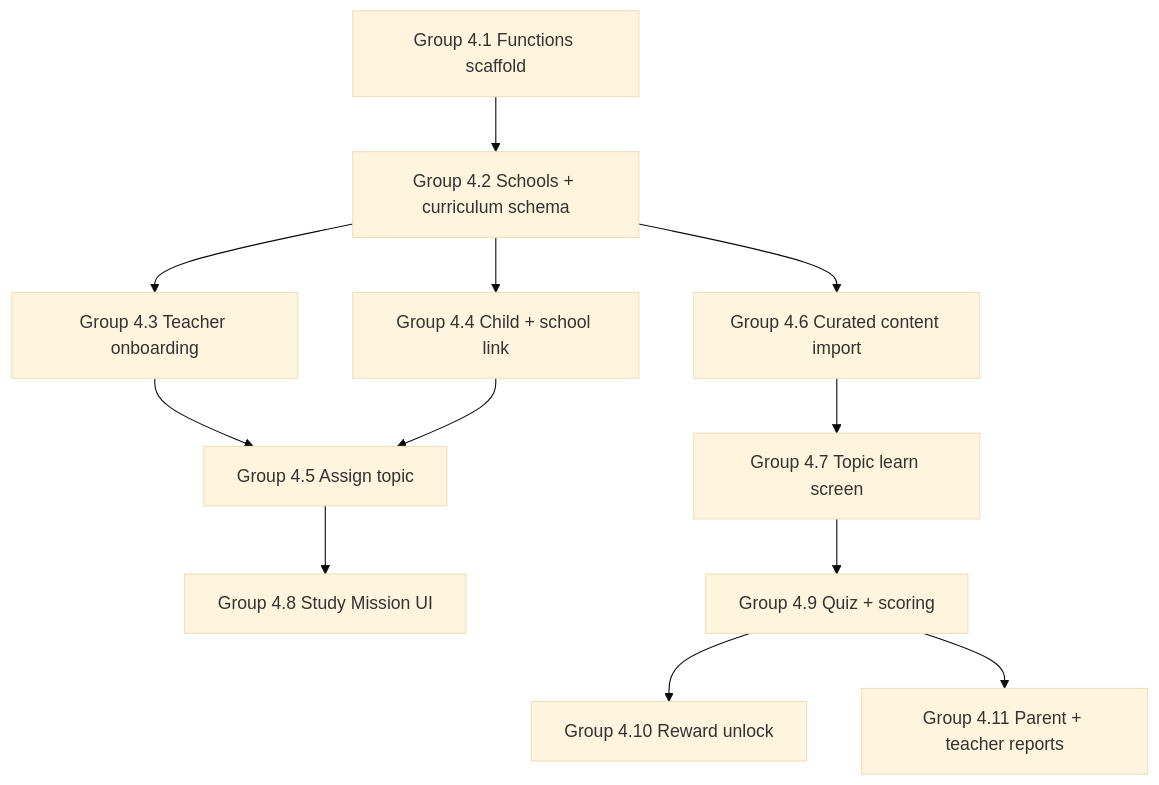
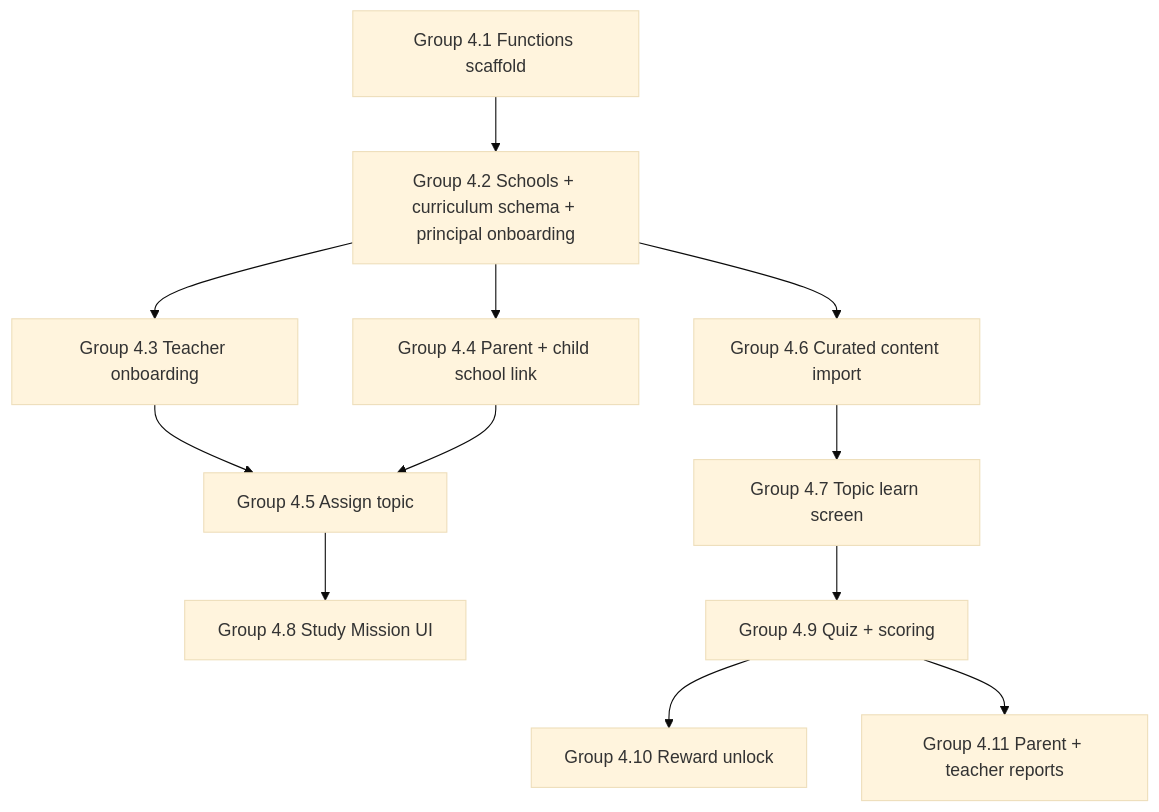
One commit to ZerebroKid/kidsafe-school changed the seventh of 9 diagrams in docs/V2_BUILD_PHASES.md. Above: the diagram before and after it, drawn with Mermaid (base theme). The commit also changed other lines of this file and 2 other files, not shown here.

````diff
--- a/docs/V2_BUILD_PHASES.md
+++ b/docs/V2_BUILD_PHASES.md
@@ -881,14 +886,14 @@
 ```mermaid
 flowchart TD
-  P41[Group 4.1 Functions scaffold] --> P42[Group 4.2 Schools + curriculum schema]
+  P41[Group 4.1 Functions scaffold] --> P42[Group 4.2 Schools + curriculum schema + principal onboarding]
   P42 --> P43[Group 4.3 Teacher onboarding]
-  P42 --> P44[Group 4.4 Child + school link]
+  P42 --> P44[Group 4.4 Parent + child school link]
   P43 --> P45[Group 4.5 Assign topic]
   P44 --> P45
   P42 --> P46[Group 4.6 Curated content import]
   P46 --> P47[Group 4.7 Topic learn screen]
   P45 --> P48[Group 4.8 Study Mission UI]
   P47 --> P49[Group 4.9 Quiz + scoring]
   P49 --> P410[Group 4.10 Reward unlock]
   P49 --> P411[Group 4.11 Parent + teacher reports]
 ```
````
